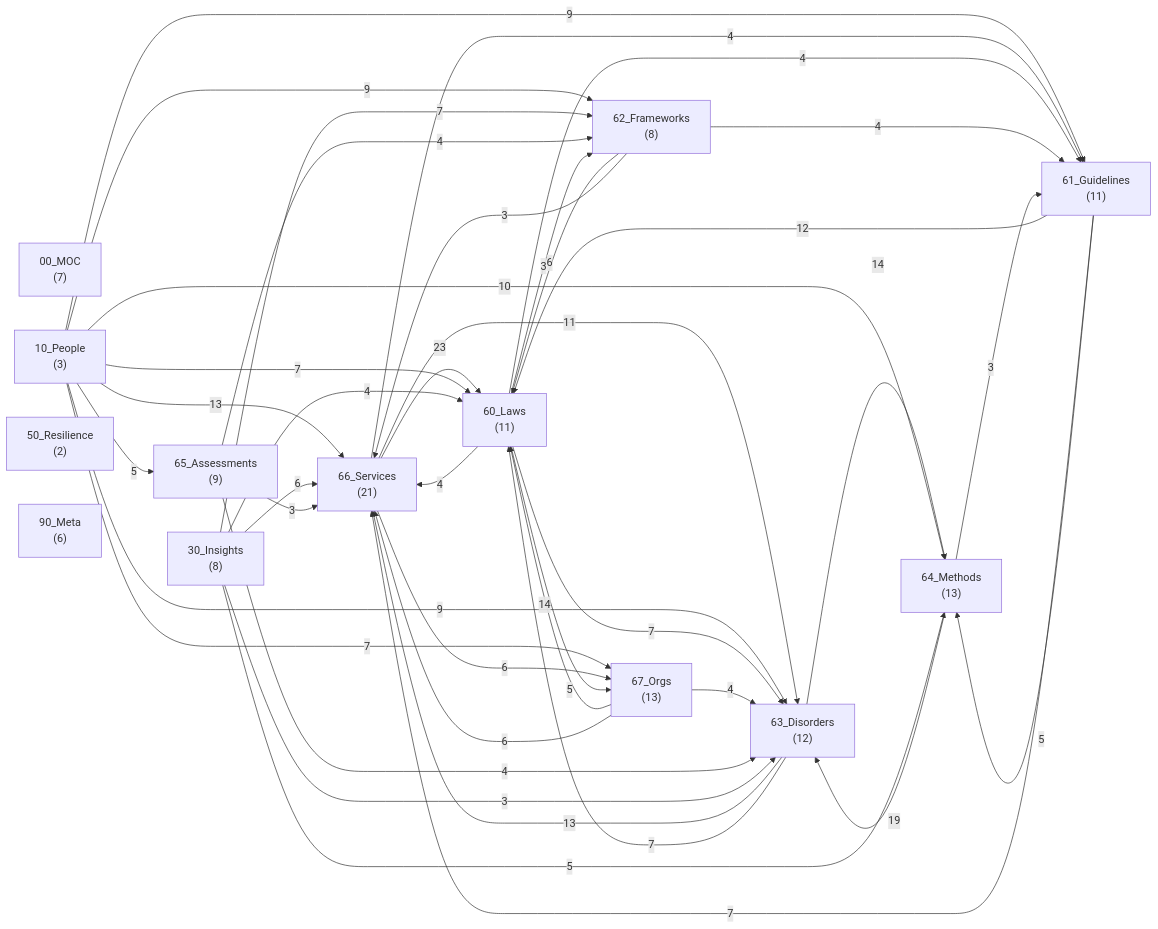
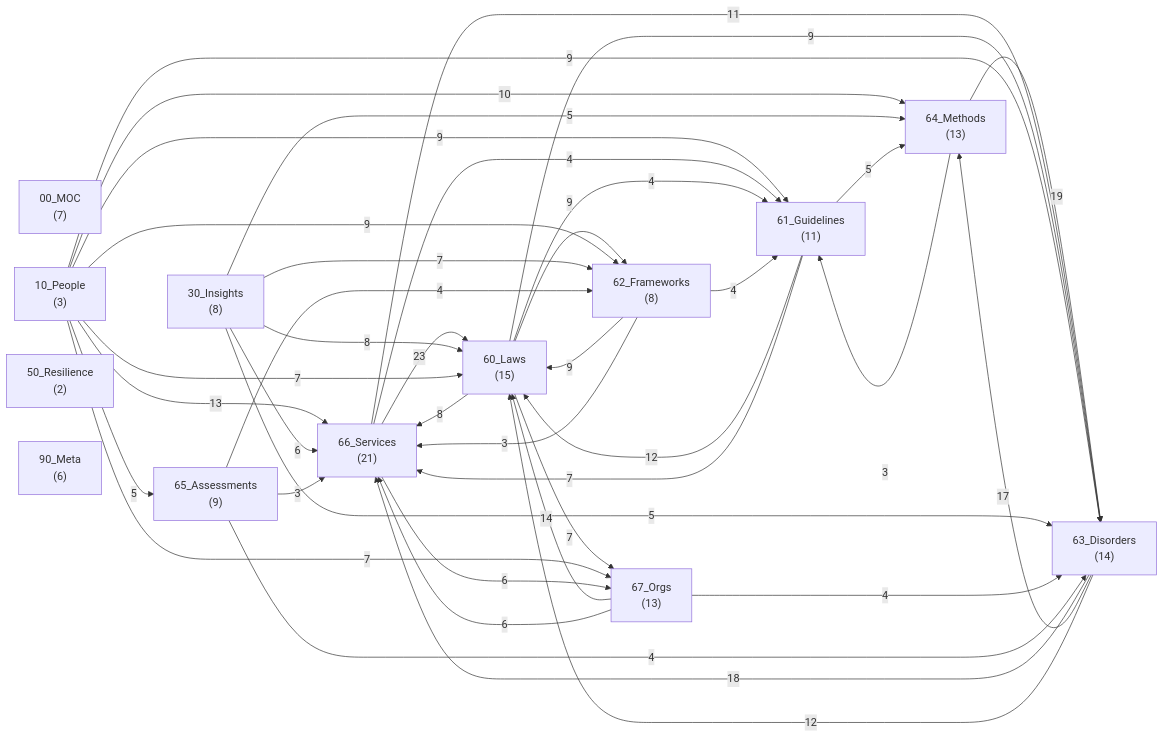
One commit to kazumasakawahara/welfare-graph changed the diagram in overview.md. Above: the diagram before and after it, drawn with Mermaid. The commit also changed other lines of this file and 12 other files, not shown here.

````diff
--- a/overview.md
+++ b/overview.md
@@ -113,55 +114,55 @@
 ```mermaid
 graph LR
     00MOC["00_MOC<br/>(7)"]
     10People["10_People<br/>(3)"]
     30Insights["30_Insights<br/>(8)"]
     50Resilience["50_Resilience<br/>(2)"]
-    60Laws["60_Laws<br/>(11)"]
+    60Laws["60_Laws<br/>(15)"]
     61Guidelines["61_Guidelines<br/>(11)"]
     62Frameworks["62_Frameworks<br/>(8)"]
-    63Disorders["63_Disorders<br/>(12)"]
+    63Disorders["63_Disorders<br/>(14)"]
     64Methods["64_Methods<br/>(13)"]
     65Assessments["65_Assessments<br/>(9)"]
     66Services["66_Services<br/>(21)"]
     67Orgs["67_Orgs<br/>(13)"]
     90Meta["90_Meta<br/>(6)"]
     66Services -->|23| 60Laws
     64Methods -->|19| 63Disorders
+    63Disorders -->|18| 66Services
+    63Disorders -->|17| 64Methods
     67Orgs -->|14| 60Laws
-    63Disorders -->|14| 64Methods
-    63Disorders -->|13| 66Services
     10People -->|13| 66Services
     61Guidelines -->|12| 60Laws
+    63Disorders -->|12| 60Laws
     66Services -->|11| 63Disorders
     10People -->|10| 64Methods
+    60Laws -->|9| 62Frameworks
+    60Laws -->|9| 63Disorders
+    62Frameworks -->|9| 60Laws
     10People -->|9| 63Disorders
     10People -->|9| 62Frameworks
     10People -->|9| 61Guidelines
+    30Insights -->|8| 60Laws
+    60Laws -->|8| 66Services
     30Insights -->|7| 62Frameworks
     61Guidelines -->|7| 66Services
-    63Disorders -->|7| 60Laws
-    60Laws -->|7| 63Disorders
+    60Laws -->|7| 67Orgs
     10People -->|7| 60Laws
     10People -->|7| 67Orgs
     30Insights -->|6| 66Services
     67Orgs -->|6| 66Services
     66Services -->|6| 67Orgs
-    62Frameworks -->|6| 60Laws
     30Insights -->|5| 64Methods
+    30Insights -->|5| 63Disorders
     61Guidelines -->|5| 64Methods
-    60Laws -->|5| 67Orgs
     10People -->|5| 65Assessments
-    30Insights -->|4| 60Laws
     67Orgs -->|4| 63Disorders
     66Services -->|4| 61Guidelines
     60Laws -->|4| 61Guidelines
-    60Laws -->|4| 66Services
     62Frameworks -->|4| 61Guidelines
     65Assessments -->|4| 62Frameworks
     65Assessments -->|4| 63Disorders
-    30Insights -->|3| 63Disorders
-    60Laws -->|3| 62Frameworks
     62Frameworks -->|3| 66Services
     65Assessments -->|3| 66Services
     64Methods -->|3| 61Guidelines
 ```
````
